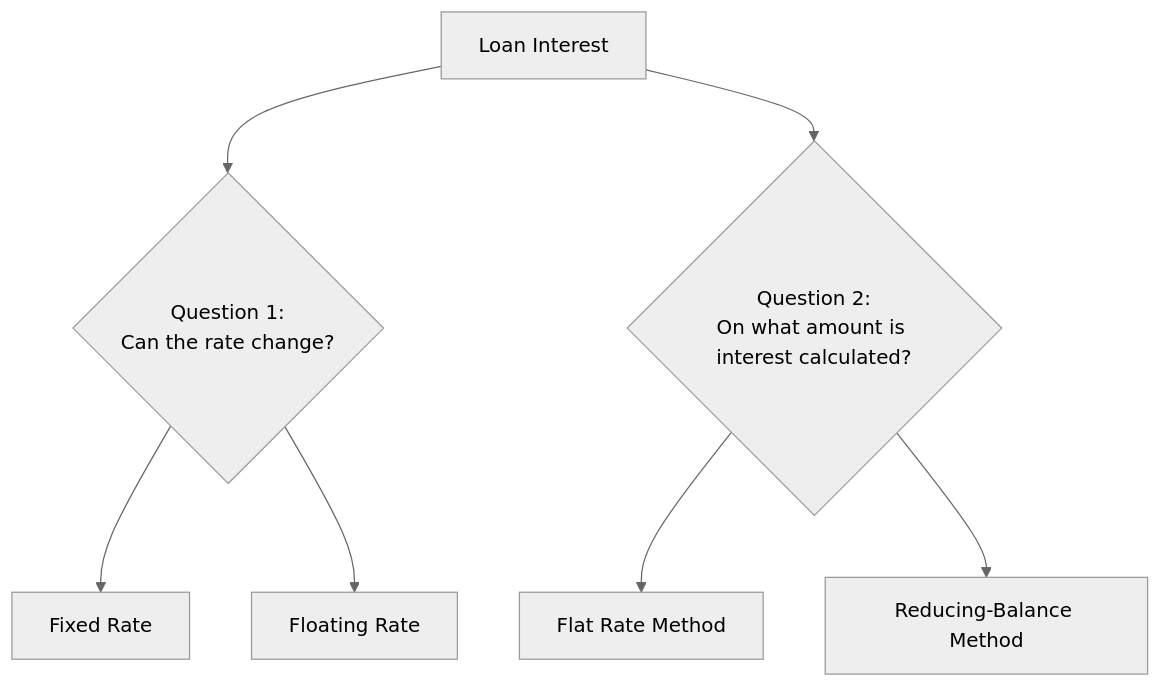
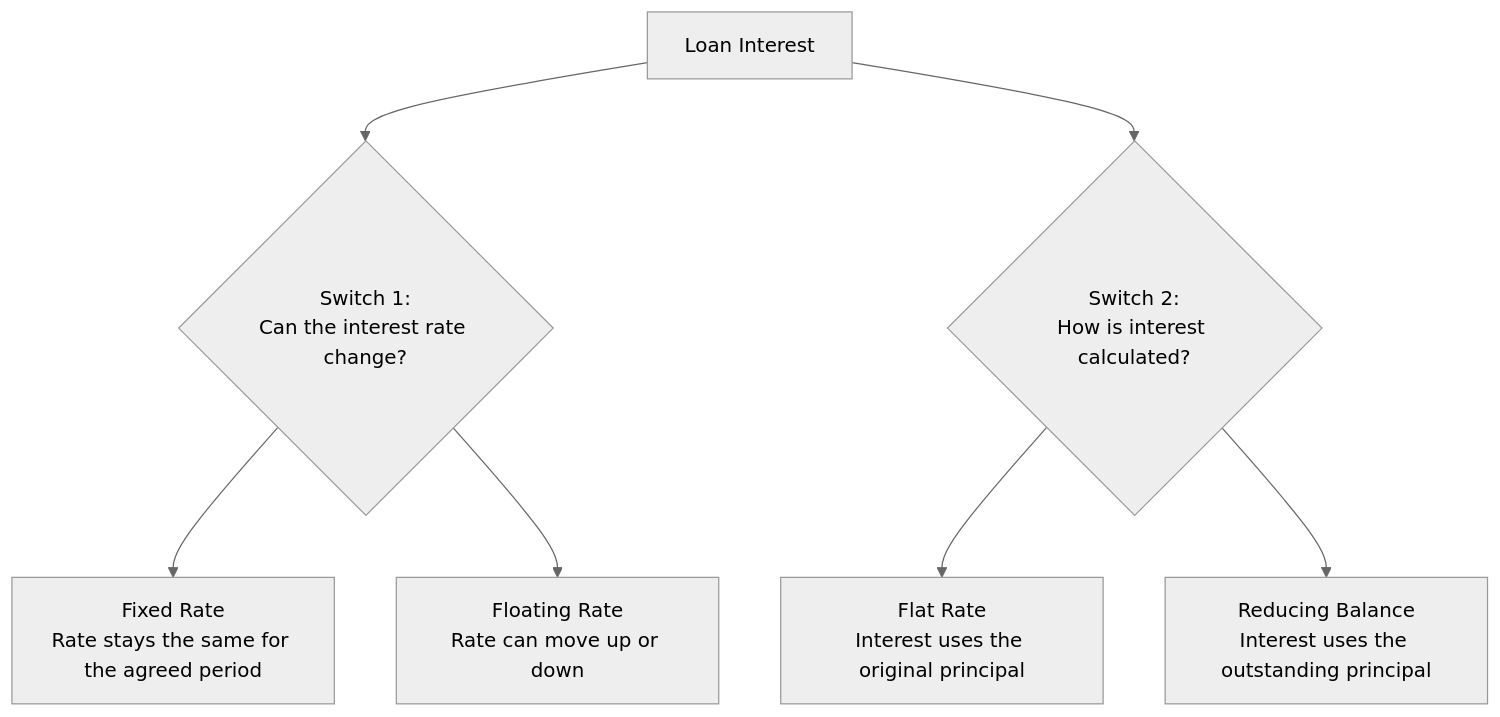
Before and after one commit to actionanand/arblogz: the first of 13 diagrams in src/content/blog/complete-loan-guide.md, drawn with Mermaid (neutral theme). The commit also changed other lines of this file, not shown here.

````diff
--- a/src/content/blog/complete-loan-guide.md
+++ b/src/content/blog/complete-loan-guide.md
@@ -93,11 +99,11 @@
 ```mermaid
 flowchart TD
-    A[Loan Interest] --> B{Question 1:<br/>Can the rate change?}
-    A --> C{Question 2:<br/>On what amount is interest calculated?}
+    A[Loan Interest] --> B{Switch 1:<br/>Can the interest rate change?}
+    A --> C{Switch 2:<br/>How is interest calculated?}
 
-    B --> D[Fixed Rate]
-    B --> E[Floating Rate]
+    B --> D[Fixed Rate<br/>Rate stays the same for the agreed period]
+    B --> E[Floating Rate<br/>Rate can move up or down]
 
-    C --> F[Flat Rate Method]
-    C --> G[Reducing-Balance Method]
+    C --> F[Flat Rate<br/>Interest uses the original principal]
+    C --> G[Reducing Balance<br/>Interest uses the outstanding principal]
 ```
````
